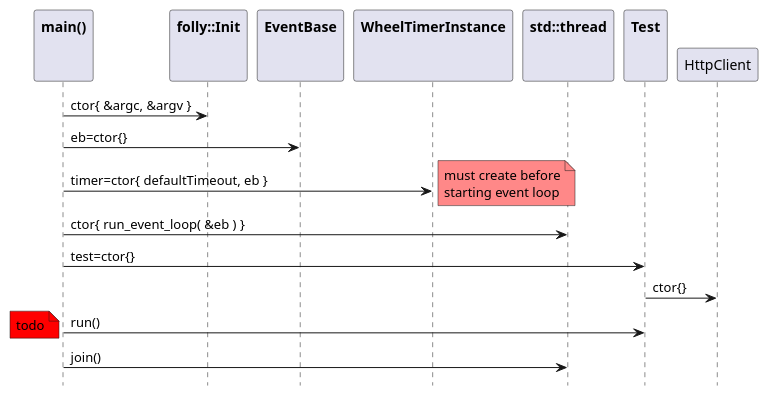
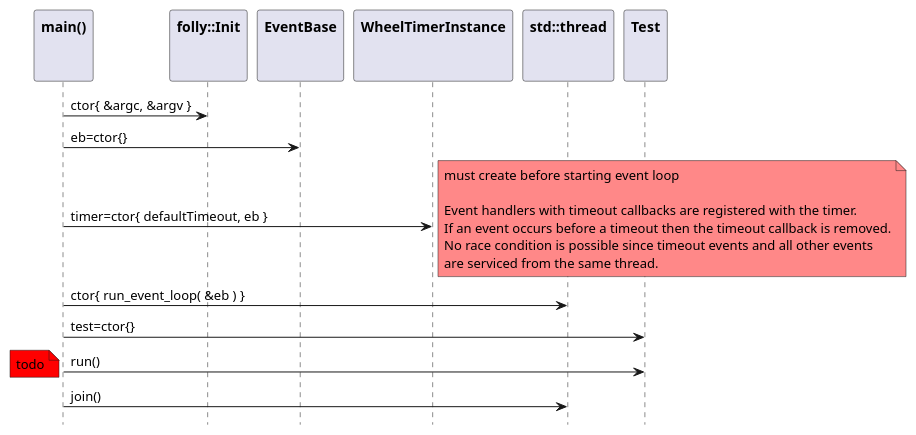
The first of 4 diagrams in doc/http-client.adoc (patrickhallinan/hello-proxygen), drawn with PlantUML before and after one commit. The commit also changed other lines of this file, not shown here.

```diff
--- a/doc/http-client.adoc
+++ b/doc/http-client.adoc
@@ -7,34 +7,32 @@
 [plantuml, "init-seq.puml", svg]
 ----
 hide footbox
 
 participant "**main()**\n\n" as main
 participant "**folly::Init**\n\n" as Init
 participant "**EventBase**\n\n" as EventBase
 participant "**WheelTimerInstance**\n\n" as WheelTimerInstance
 participant "**std::thread**\n\n" as thread
 participant "**Test**\n\n" as Test
 
-
 main -> Init : ctor{ &argc, &argv }
 main -> EventBase : eb=ctor{}
 
 main -> WheelTimerInstance : timer=ctor{ defaultTimeout, eb }
 note right #ff8888
-   must create before
-   starting event loop
+    must create before starting event loop
+   
+    Event handlers with timeout callbacks are registered with the timer.
+    If an event occurs before a timeout then the timeout callback is removed.
+    No race condition is possible since timeout events and all other events
+    are serviced from the same thread.
 end note 
 
 main -> thread : ctor{ run_event_loop( &eb ) }
 main -> Test : test=ctor{}
 
-Test -> HttpClient : ctor{}
-
 main -> Test : run()
 note left #ff0000: todo
 
 main -> thread : join()
-
-
-
 ----
```
